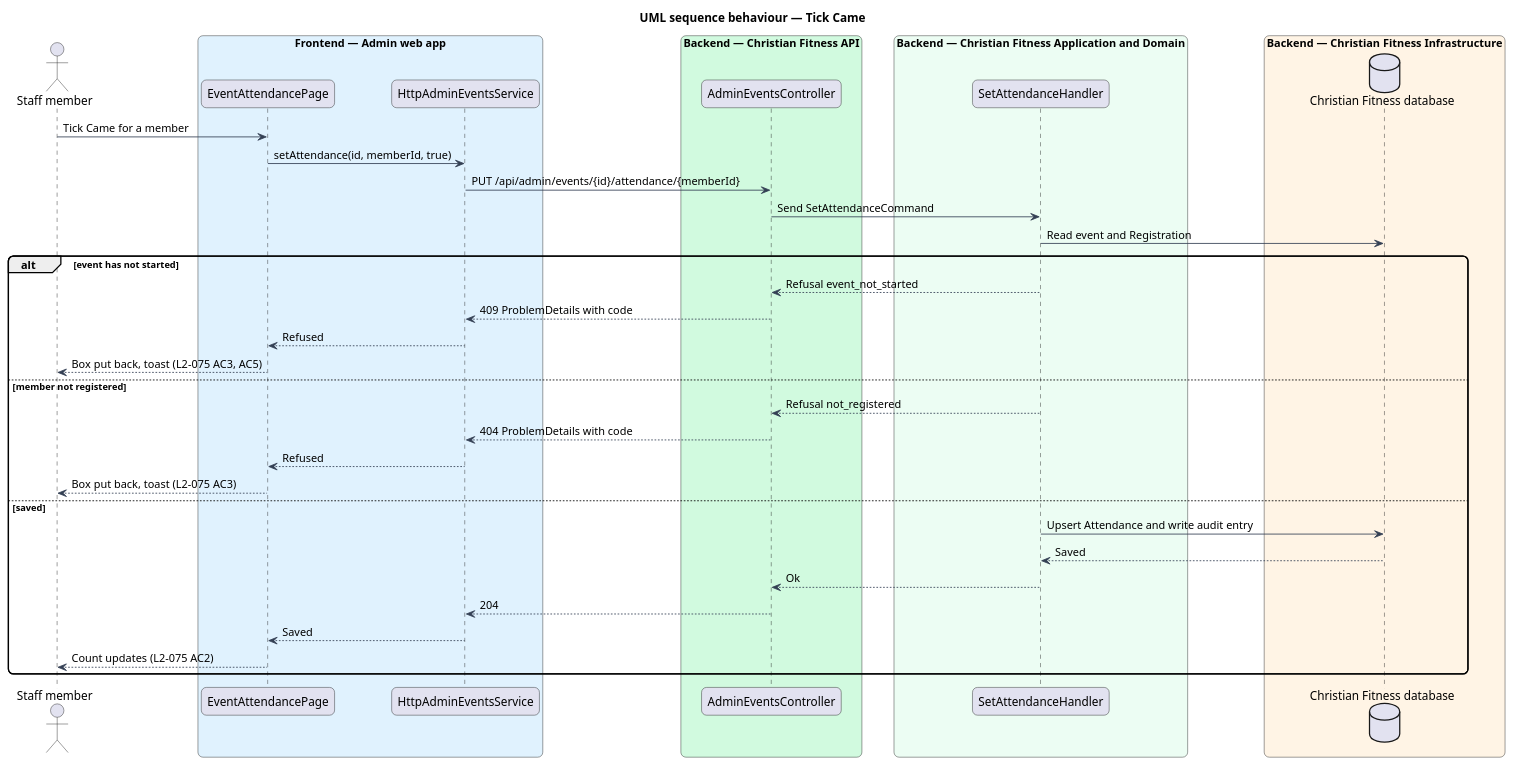
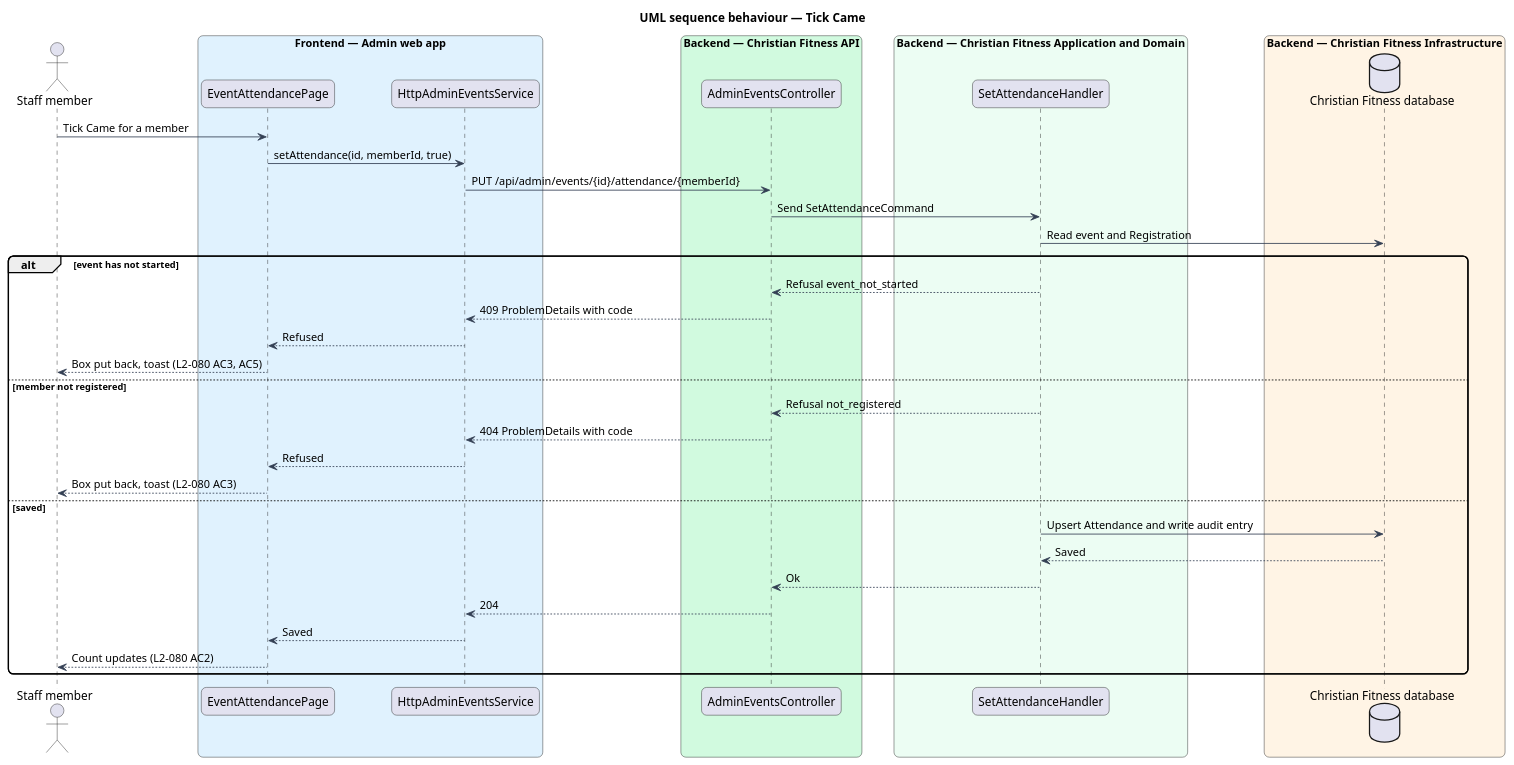
The diagram in docs/detailed-designs/admin-events/record-attendance/diagrams/sequence-tick.puml (QuinntyneBrown/christian-fitness), drawn with PlantUML before and after one commit. The commit also changed 24 other files, not shown here.

```diff
--- a/docs/detailed-designs/admin-events/record-attendance/diagrams/sequence-tick.puml
+++ b/docs/detailed-designs/admin-events/record-attendance/diagrams/sequence-tick.puml
@@ -1,45 +1,45 @@
 @startuml
 title UML sequence behaviour — Tick Came
 skinparam backgroundColor #FFFFFF
 skinparam shadowing false
 skinparam roundcorner 12
 skinparam defaultFontName Arial
 skinparam ArrowColor #344054
 actor "Staff member" as actor
 box "Frontend — Admin web app" #E0F2FE
   participant "EventAttendancePage" as page
   participant "HttpAdminEventsService" as client
 end box
 box "Backend — Christian Fitness API" #D1FADF
   participant "AdminEventsController" as ctrl
 end box
 box "Backend — Christian Fitness Application and Domain" #ECFDF3
   participant "SetAttendanceHandler" as handler
 end box
 box "Backend — Christian Fitness Infrastructure" #FFF4E5
   database "Christian Fitness database" as db
 end box
 actor -> page : Tick Came for a member
 page -> client : setAttendance(id, memberId, true)
 client -> ctrl : PUT /api/admin/events/{id}/attendance/{memberId}
 ctrl -> handler : Send SetAttendanceCommand
 handler -> db : Read event and Registration
 alt event has not started
   handler --> ctrl : Refusal event_not_started
   ctrl --> client : 409 ProblemDetails with code
   client --> page : Refused
-  page --> actor : Box put back, toast (L2-075 AC3, AC5)
+  page --> actor : Box put back, toast (L2-080 AC3, AC5)
 else member not registered
   handler --> ctrl : Refusal not_registered
   ctrl --> client : 404 ProblemDetails with code
   client --> page : Refused
-  page --> actor : Box put back, toast (L2-075 AC3)
+  page --> actor : Box put back, toast (L2-080 AC3)
 else saved
   handler -> db : Upsert Attendance and write audit entry
   db --> handler : Saved
   handler --> ctrl : Ok
   ctrl --> client : 204
   client --> page : Saved
-  page --> actor : Count updates (L2-075 AC2)
+  page --> actor : Count updates (L2-080 AC2)
 end
 @enduml
```
